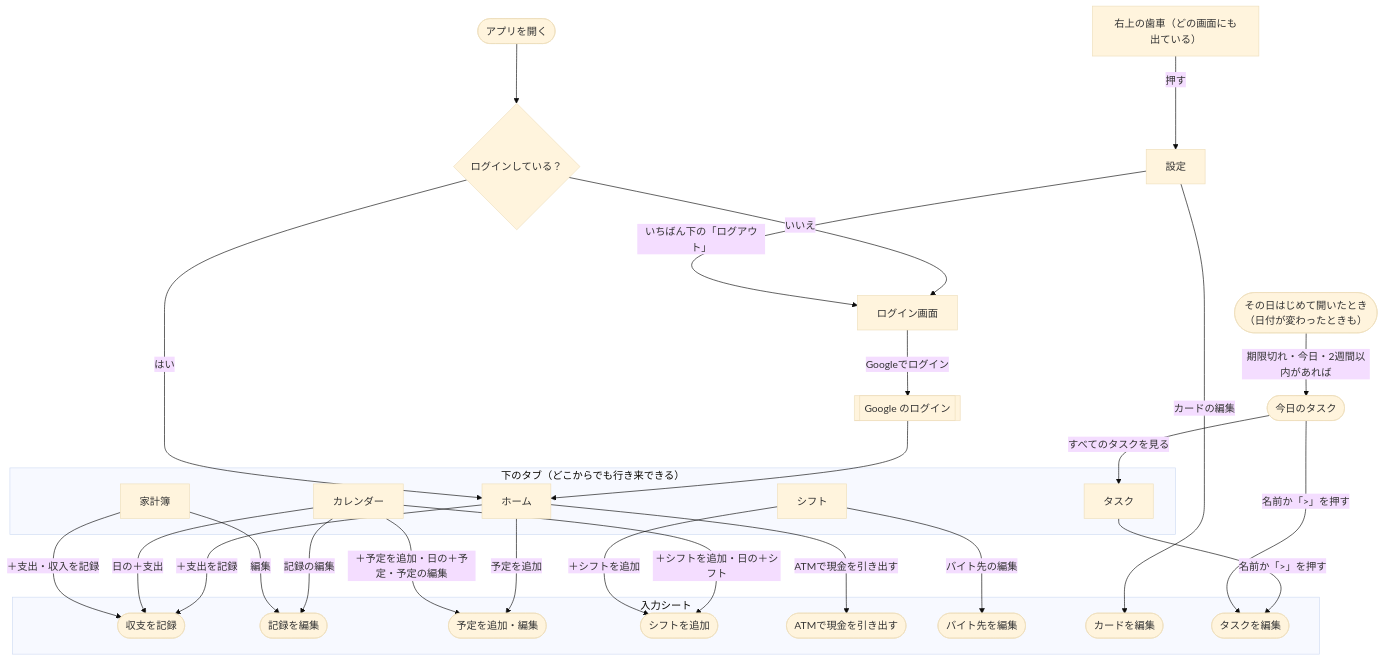
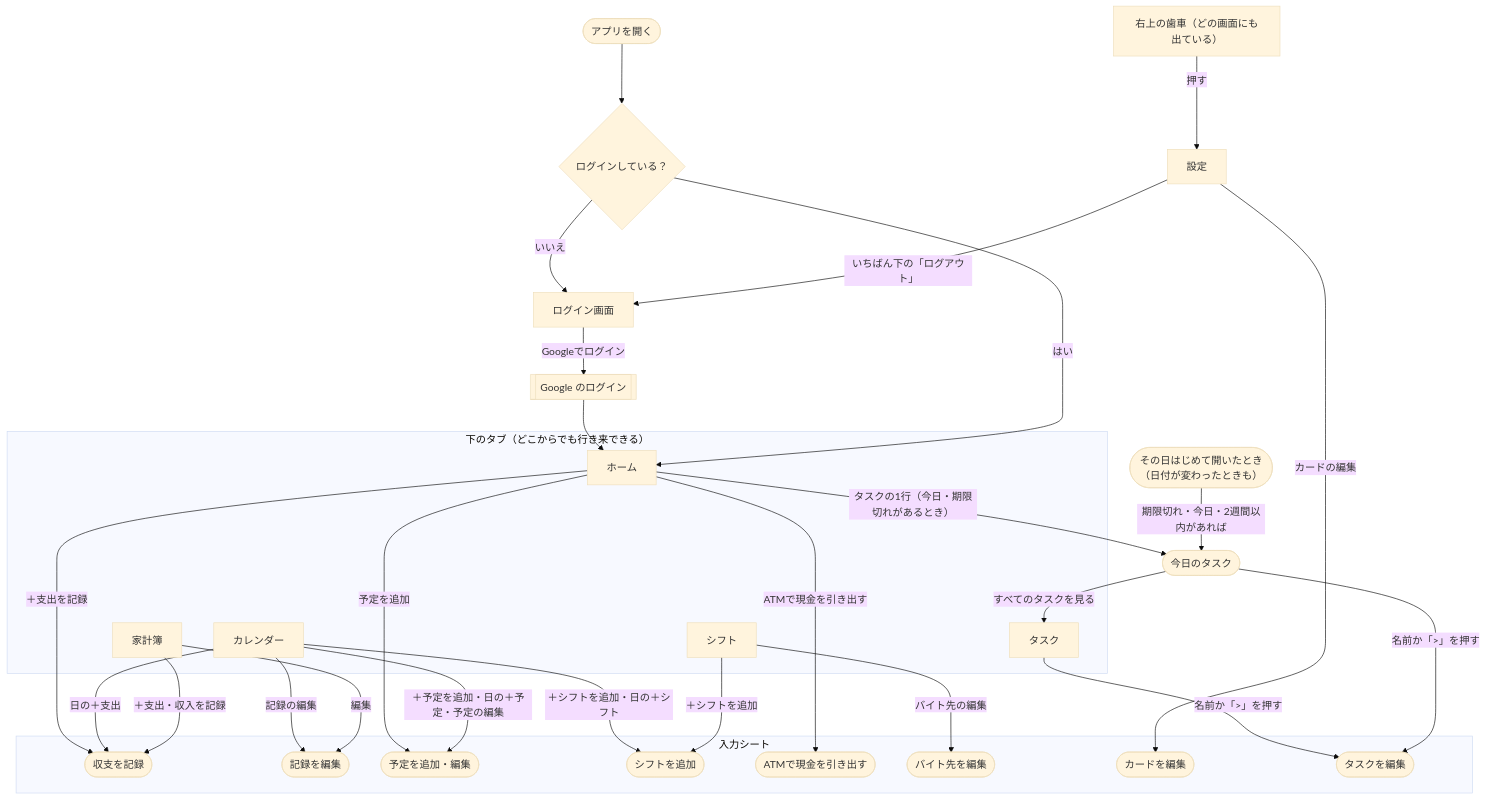
The first of 2 diagrams in docs/SCREENS.md (Keitaro0510/maney-app), drawn with Mermaid (base theme) before and after one commit. The commit also changed other lines of this file and 7 other files, not shown here.

````diff
--- a/docs/SCREENS.md
+++ b/docs/SCREENS.md
@@ -18,54 +18,55 @@
 ```mermaid
 flowchart TD
   start(["アプリを開く"]) --> auth{"ログインしている？"}
   auth -- "いいえ" --> login["ログイン画面"]
   login -- "Googleでログイン" --> google[["Google のログイン"]]
   google --> home
   auth -- "はい" --> home
 
   subgraph tabs["下のタブ（どこからでも行き来できる）"]
     home["ホーム"]
     cal["カレンダー"]
     ldg["家計簿"]
     shift["シフト"]
     task["タスク"]
   end
 
   start2(["その日はじめて開いたとき<br>（日付が変わったときも）"]) -- "期限切れ・今日・2週間以内があれば" --> sStartup(["今日のタスク"])
   sStartup -- "すべてのタスクを見る" --> task
 
   gear["右上の歯車（どの画面にも出ている）"] -- "押す" --> set["設定"]
 
   subgraph sheets["入力シート"]
     sLdg(["収支を記録"])
     sLde(["記録を編集"])
     sPlan(["予定を追加・編集"])
     sShift(["シフトを追加"])
     sAtm(["ATMで現金を引き出す"])
     sJob(["バイト先を編集"])
     sCard(["カードを編集"])
     sTask(["タスクを編集"])
   end
 
   home -- "＋支出を記録" --> sLdg
   home -- "予定を追加" --> sPlan
   home -- "ATMで現金を引き出す" --> sAtm
+  home -- "タスクの1行（今日・期限切れがあるとき）" --> sStartup
 
   cal -- "＋シフトを追加・日の＋シフト" --> sShift
   cal -- "＋予定を追加・日の＋予定・予定の編集" --> sPlan
   cal -- "日の＋支出" --> sLdg
   cal -- "記録の編集" --> sLde
 
   ldg -- "＋支出・収入を記録" --> sLdg
   ldg -- "編集" --> sLde
 
   shift -- "＋シフトを追加" --> sShift
   shift -- "バイト先の編集" --> sJob
 
   task -- "名前か「>」を押す" --> sTask
   sStartup -- "名前か「>」を押す" --> sTask
 
   set -- "カードの編集" --> sCard
 
   set -- "いちばん下の「ログアウト」" --> login
 ```
````
